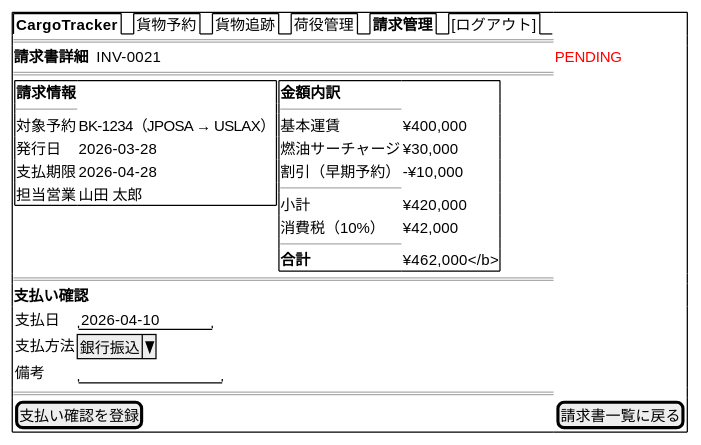
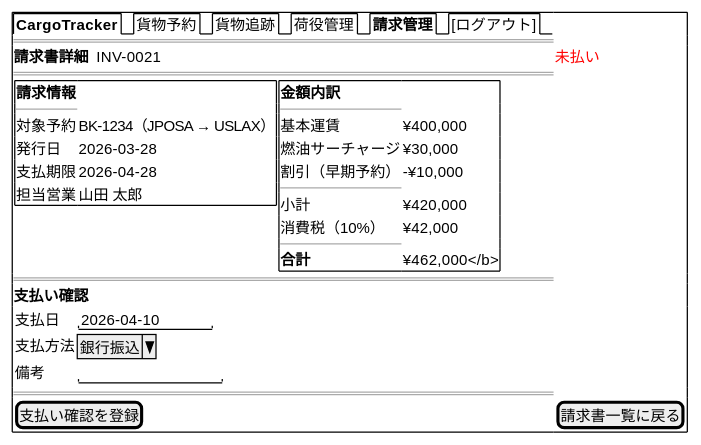
One commit to k2works/case-study-cargo-tracker changed diagram 20 of 23 in docs/design/ui_design.md. Above: the diagram before and after it, drawn with PlantUML. The commit also changed other lines of this file, not shown here.

````diff
--- a/docs/design/ui_design.md
+++ b/docs/design/ui_design.md
@@ -805,41 +1078,41 @@
 ```plantuml
 @startsalt
 {+
   {/ <b>CargoTracker</b> | 貨物予約 | 貨物追跡 | 荷役管理 | <b>請求管理</b> | [ログアウト] }
   ==
-  <b>請求書詳細</b>  INV-0021  |  <color:red>PENDING</color>
+  <b>請求書詳細</b>  INV-0021  |  <color:red>未払い</color>
   ==
   {
     {+
       <b>請求情報</b>
       ----
       対象予約   | BK-1234（JPOSA → USLAX）
       発行日     | 2026-03-28
       支払期限   | 2026-04-28
       担当営業   | 山田 太郎
     } |
     {+
       <b>金額内訳</b>
       ----
       基本運賃   | ¥400,000
       燃油サーチャージ | ¥30,000
       割引（早期予約） | -¥10,000
       ----
       小計       | ¥420,000
       消費税（10%）   | ¥42,000
       ----
       <b>合計     | ¥462,000</b>
     }
   }
   ==
   <b>支払い確認</b>
   {
     支払日    | "2026-04-10   "
     支払方法  | ^銀行振込^
     備考      | "              "
   }
   ==
   [支払い確認を登録] | [請求書一覧に戻る]
 }
 @endsalt
 ```
````
